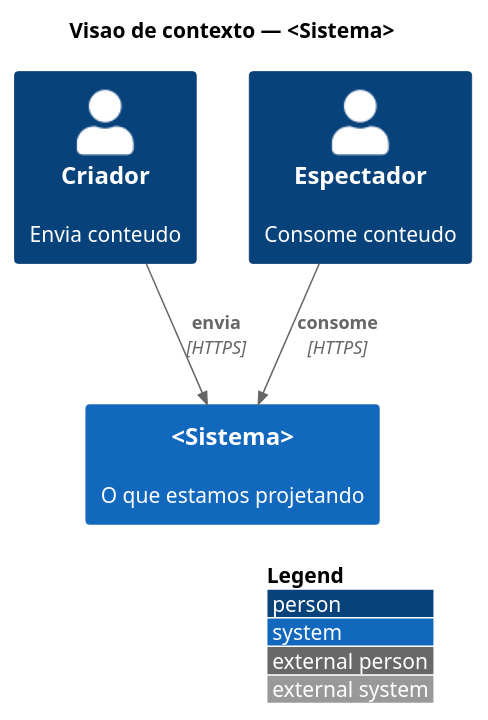
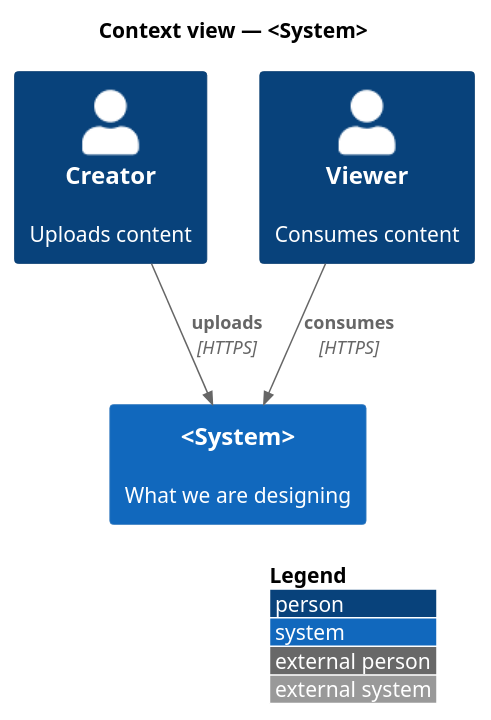
The diagram in templates/publish/figures-example/00-context.puml (cmarcond/prumo), drawn with PlantUML before and after one commit. The commit also changed other lines of this file and 27 other files, not shown here.

```diff
--- a/templates/publish/figures-example/00-context.puml
+++ b/templates/publish/figures-example/00-context.puml
@@ -3,12 +3,12 @@
 @startuml
 !include <C4/C4_Context>
 LAYOUT_WITH_LEGEND()
-title Visao de contexto — <Sistema>
+title Context view — <System>
 
-Person(creator, "Criador", "Envia conteudo")
-Person(viewer, "Espectador", "Consome conteudo")
-System(sys, "<Sistema>", "O que estamos projetando")
+Person(creator, "Creator", "Uploads content")
+Person(viewer, "Viewer", "Consumes content")
+System(sys, "<System>", "What we are designing")
 
-Rel(creator, sys, "envia", "HTTPS")
-Rel(viewer, sys, "consome", "HTTPS")
+Rel(creator, sys, "uploads", "HTTPS")
+Rel(viewer, sys, "consumes", "HTTPS")
 @enduml
```
